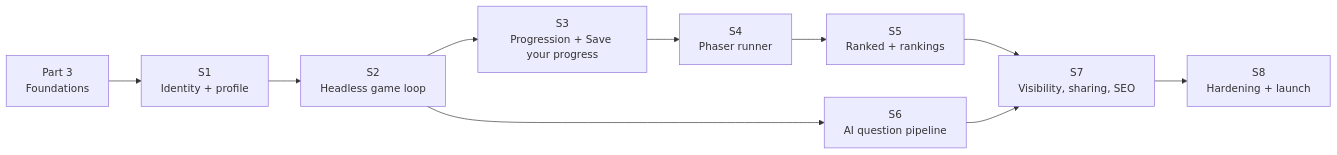
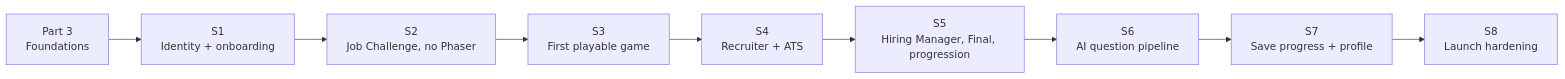
One commit to ricardoverita/cv-rush changed the diagram in docs/architecture/22-implementation-plan.md. Above: the diagram before and after it, drawn with Mermaid. The commit also changed other lines of this file and 11 other files, not shown here.

First line of the commit message:
docs: reorder vertical slices so the playable game comes third

````diff
--- a/docs/architecture/22-implementation-plan.md
+++ b/docs/architecture/22-implementation-plan.md
@@ -9,12 +9,11 @@
 ```mermaid
 flowchart LR
-  p3["Part 3<br/>Foundations"] --> s1["S1<br/>Identity + profile"]
-  s1 --> s2["S2<br/>Headless game loop"]
-  s2 --> s3["S3<br/>Progression + Save your progress"]
-  s3 --> s4["S4<br/>Phaser runner"]
-  s4 --> s5["S5<br/>Ranked + rankings"]
-  s2 --> s6["S6<br/>AI question pipeline"]
-  s5 --> s7["S7<br/>Visibility, sharing, SEO"]
-  s6 --> s7
-  s7 --> s8["S8<br/>Hardening + launch"]
+  p3["Part 3<br/>Foundations"] --> s1["S1<br/>Identity + onboarding"]
+  s1 --> s2["S2<br/>Job Challenge, no Phaser"]
+  s2 --> s3["S3<br/>First playable game"]
+  s3 --> s4["S4<br/>Recruiter + ATS"]
+  s4 --> s5["S5<br/>Hiring Manager, Final, progression"]
+  s5 --> s6["S6<br/>AI question pipeline"]
+  s6 --> s7["S7<br/>Save progress + profile"]
+  s7 --> s8["S8<br/>Launch hardening"]
 ```
````
